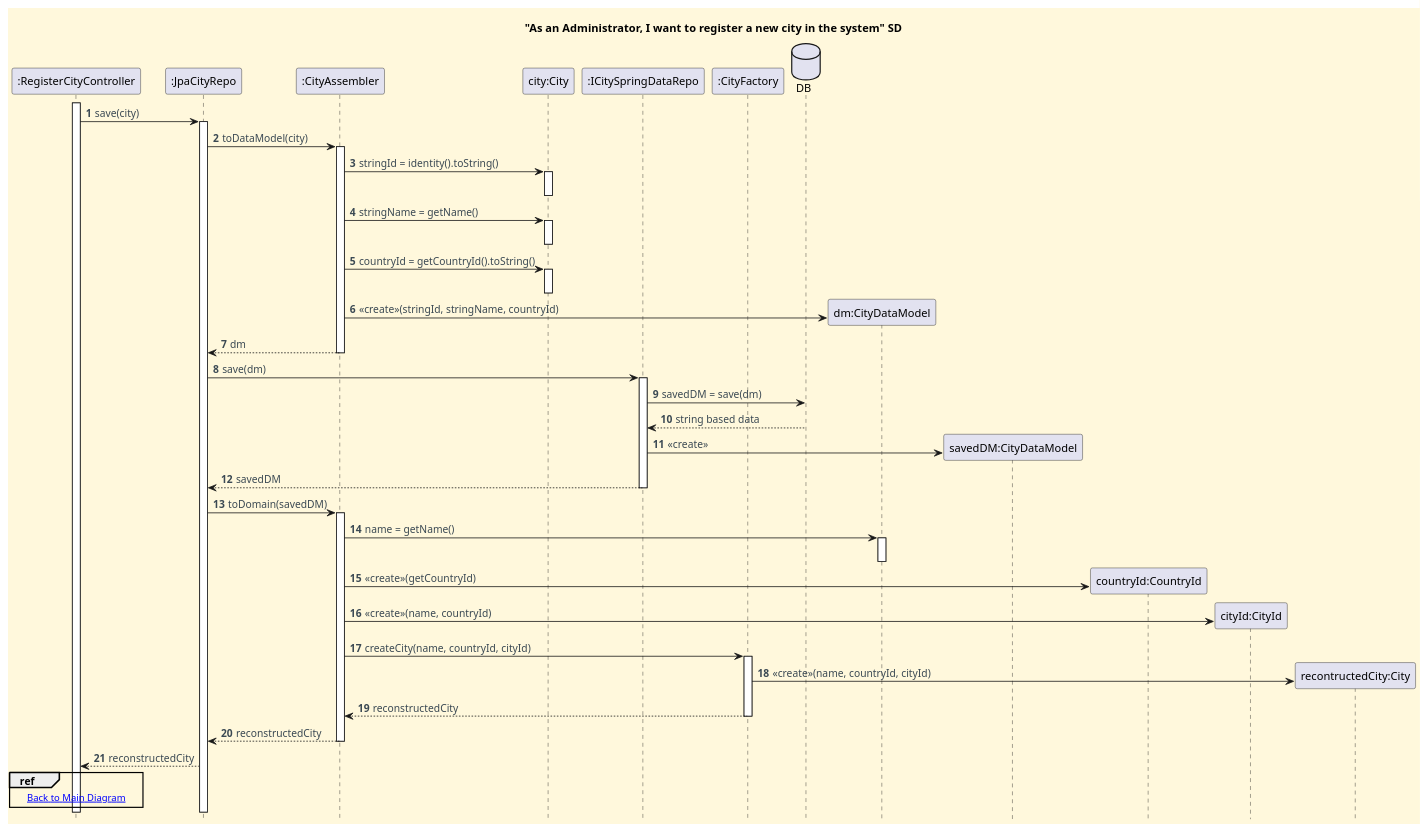
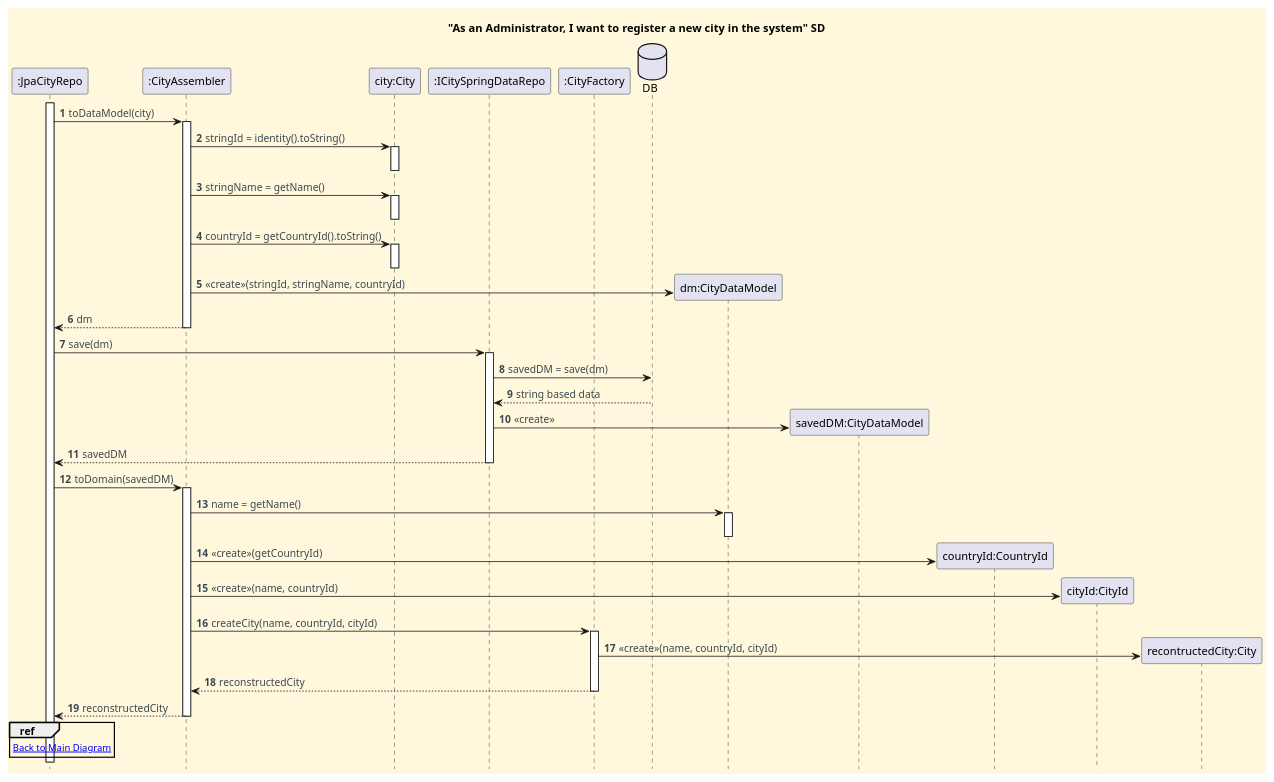
Before and after one commit to CarolinaLeite-collab/JavaMarketplacePlatform: the diagram in docs/functionalities/admin/register-city/sd-ref-diagrams/Save_City.puml, drawn with PlantUML. The commit also changed 2 other files, not shown here.

Commit message:
docs: correct typo in Save_Author, Save_City and Save_AppraisalEntity fragment diagrams, closes #854

```diff
--- a/docs/functionalities/admin/register-city/sd-ref-diagrams/Save_City.puml
+++ b/docs/functionalities/admin/register-city/sd-ref-diagrams/Save_City.puml
@@ -1,81 +1,77 @@
 @startuml
 '==== Title ====
 title "As an Administrator, I want to register a new city in the system" SD
 
 '==== basic style ====
 skinparam monochrome false
 skinparam shadowing false
 skinparam defaultFontName Futura
 skinparam objectFontSize 20
 skinparam backgroundColor CornSilk
 skinparam objectBackgroundColor WhiteSmoke
 skinparam noteBackgroundColor #FFFFE0
 skinparam ArrowFontColor #3B4953
 skinparam ActivationBackgroundColor black
 hidefootbox
 autonumber
 
-participant ":RegisterCityController" as CTL
 participant ":JpaCityRepo" as JPA
 participant ":CityAssembler" as CASS
 participant "city:City" as CITY
 participant ":ICitySpringDataRepo" as SDREPO
 participant ":CityFactory" as FACTORY
 database "DB" as DB
 
-activate CTL
-CTL -> JPA : save(city)
 activate JPA
 JPA -> CASS : toDataModel(city)
 activate CASS
 CASS -> CITY : stringId = identity().toString()
 activate CITY
 deactivate CITY
 CASS -> CITY : stringName = getName()
 activate CITY
 deactivate CITY
 CASS -> CITY : countryId = getCountryId().toString()
 activate CITY
 deactivate CITY
 create "dm:CityDataModel"
 CASS -> "dm:CityDataModel" : <<create>>(stringId, stringName, countryId)
 CASS --> JPA : dm
 deactivate CASS
 
 JPA -> SDREPO : save(dm)
 activate SDREPO
 SDREPO -> DB : savedDM = save(dm)
 DB --> SDREPO : string based data
 create "savedDM:CityDataModel"
 SDREPO -> "savedDM:CityDataModel" : <<create>>
 SDREPO --> JPA : savedDM
 deactivate SDREPO
 
 JPA -> CASS : toDomain(savedDM)
 activate CASS
 CASS -> "dm:CityDataModel" : name = getName()
 activate "dm:CityDataModel"
 deactivate "dm:CityDataModel"
 create "countryId:CountryId"
 CASS -> "countryId:CountryId" : <<create>>(getCountryId)
 create "cityId:CityId"
 CASS -> "cityId:CityId" : <<create>>(name, countryId)
 CASS -> FACTORY : createCity(name, countryId, cityId)
 create "recontructedCity:City"
 activate FACTORY
 FACTORY -> "recontructedCity:City" : <<create>>(name, countryId, cityId)
 FACTORY --> CASS : reconstructedCity
 deactivate FACTORY
 CASS --> JPA : reconstructedCity
 deactivate CASS
-JPA --> CTL : reconstructedCity
 
-ref over CTL
+ref over JPA
 [[../Register_City_SD.puml Back to Main Diagram]]
 end ref
 
 
 
 
 
 @enduml
```
